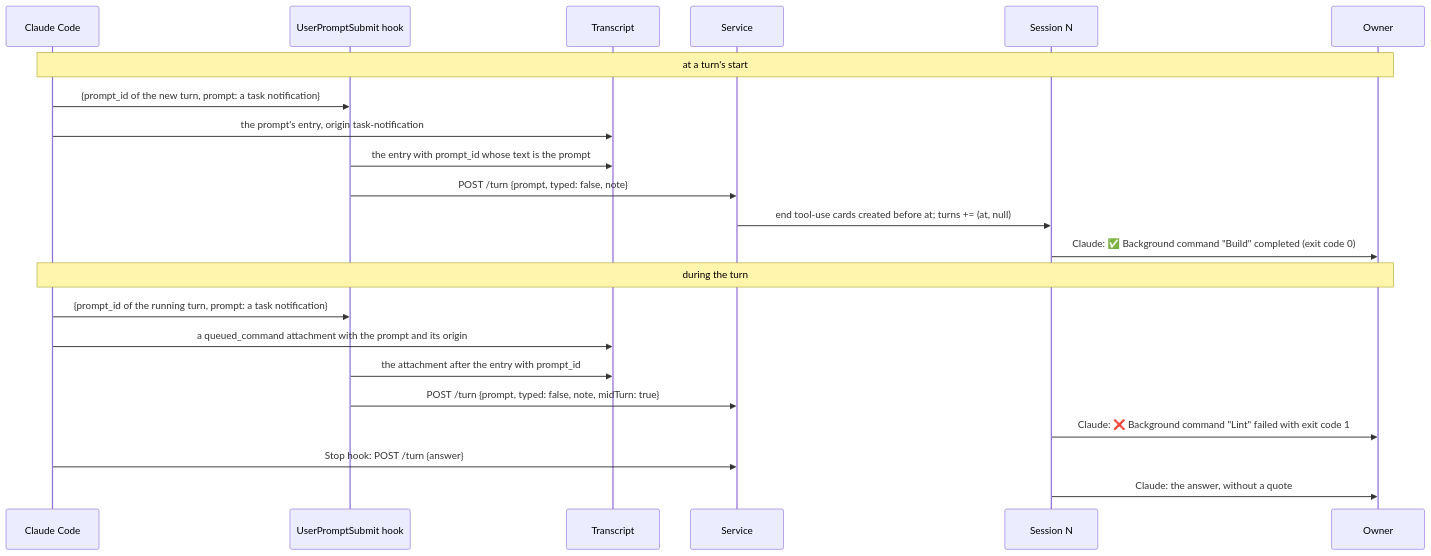
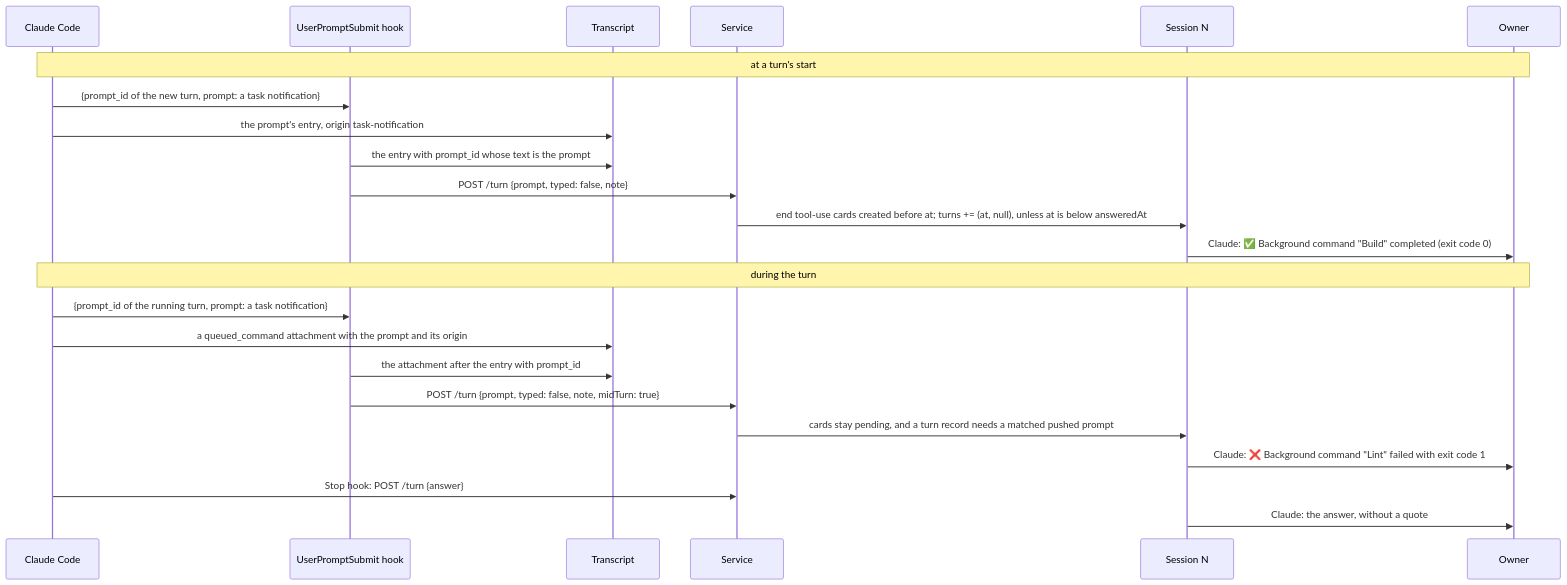
Before and after one commit to simplex-chat/simplex-chat: diagram 31 of 31 in packages/simplex-chat-mcp/spec/flows.md, drawn with Mermaid. The commit also changed other lines of this file and 5 other files, not shown here.

Commit message:
mcp: docs state which prompts end tool-use cards and add turn records

````diff
--- a/packages/simplex-chat-mcp/spec/flows.md
+++ b/packages/simplex-chat-mcp/spec/flows.md
@@ -1409,24 +1409,25 @@
 ```mermaid
 sequenceDiagram
   participant CC as Claude Code
   participant HK as UserPromptSubmit hook
   participant T as Transcript
   participant D as Service
   participant N as Session N
   participant O as Owner
   Note over CC,O: at a turn's start
   CC->>HK: {prompt_id of the new turn, prompt: a task notification}
   CC->>T: the prompt's entry, origin task-notification
   HK->>T: the entry with prompt_id whose text is the prompt
   HK->>D: POST /turn {prompt, typed: false, note}
-  D->>N: end tool-use cards created before at#59; turns += (at, null)
+  D->>N: end tool-use cards created before at#59; turns += (at, null), unless at is below answeredAt
   N->>O: Claude: ✅ Background command "Build" completed (exit code 0)
   Note over CC,O: during the turn
   CC->>HK: {prompt_id of the running turn, prompt: a task notification}
   CC->>T: a queued_command attachment with the prompt and its origin
   HK->>T: the attachment after the entry with prompt_id
   HK->>D: POST /turn {prompt, typed: false, note, midTurn: true}
+  D->>N: cards stay pending, and a turn record needs a matched pushed prompt
   N->>O: Claude: ❌ Background command "Lint" failed with exit code 1
   CC->>D: Stop hook: POST /turn {answer}
   N->>O: Claude: the answer, without a quote
 ```
````
